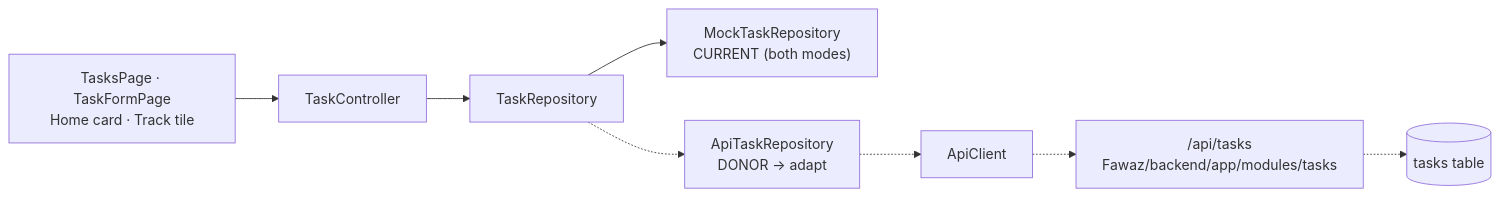
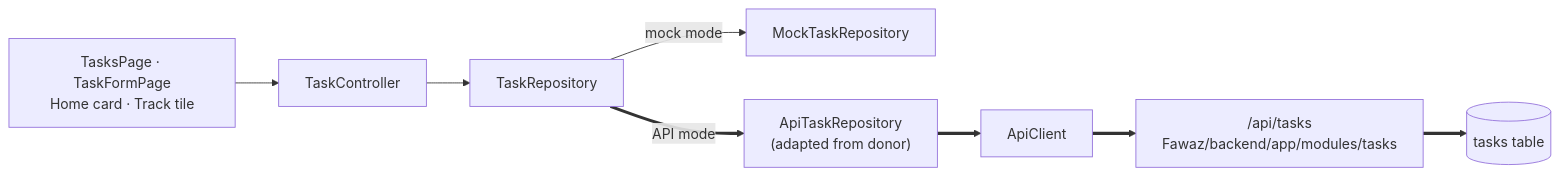
One commit to Gaoher-1207/omnia changed the diagram in docs/omnia-vault/Architecture/Frontend Backend Integration.md. Above: the diagram before and after it, drawn with Mermaid. The commit also changed other lines of this file and 25 other files, not shown here.

Commit message:
Integrate Tasks with backend API

````diff
--- a/docs/omnia-vault/Architecture/Frontend Backend Integration.md
+++ b/docs/omnia-vault/Architecture/Frontend Backend Integration.md
@@ -31,10 +31,10 @@
 ```mermaid
 flowchart LR
     UI["TasksPage · TaskFormPage<br/>Home card · Track tile"] --> TC["TaskController"]
     TC --> TR["TaskRepository"]
-    TR --> MT["MockTaskRepository<br/>CURRENT (both modes)"]
-    TR -.-> AT["ApiTaskRepository<br/>DONOR → adapt"]
-    AT -.-> AC["ApiClient"]
-    AC -.-> BE["/api/tasks<br/>Fawaz/backend/app/modules/tasks"]
-    BE -.-> DB[("tasks table")]
+    TR -->|mock mode| MT["MockTaskRepository"]
+    TR ==>|API mode| AT["ApiTaskRepository<br/>(adapted from donor)"]
+    AT ==> AC["ApiClient"]
+    AC ==> BE["/api/tasks<br/>Fawaz/backend/app/modules/tasks"]
+    BE ==> DB[("tasks table")]
 ```
````
